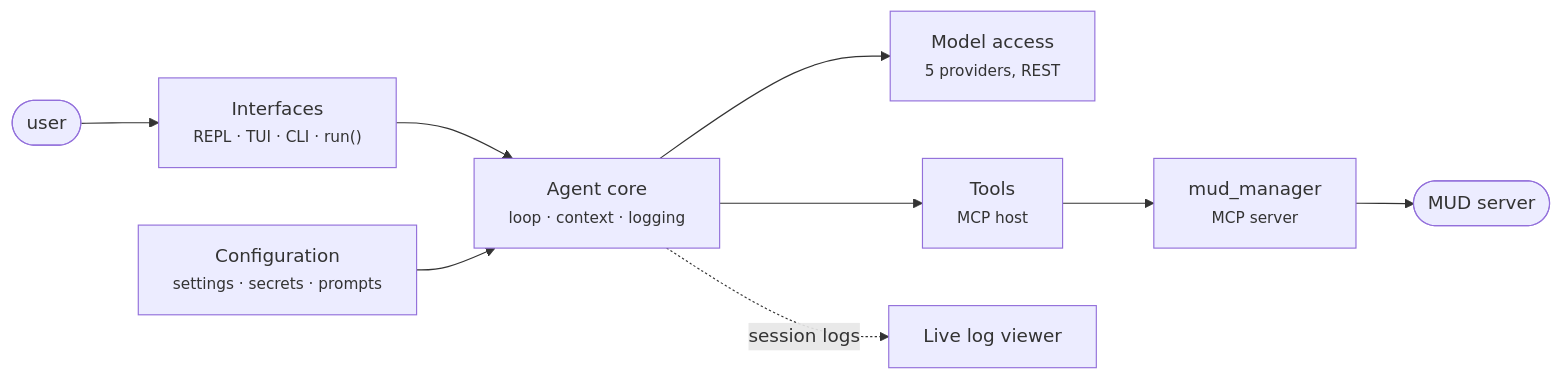
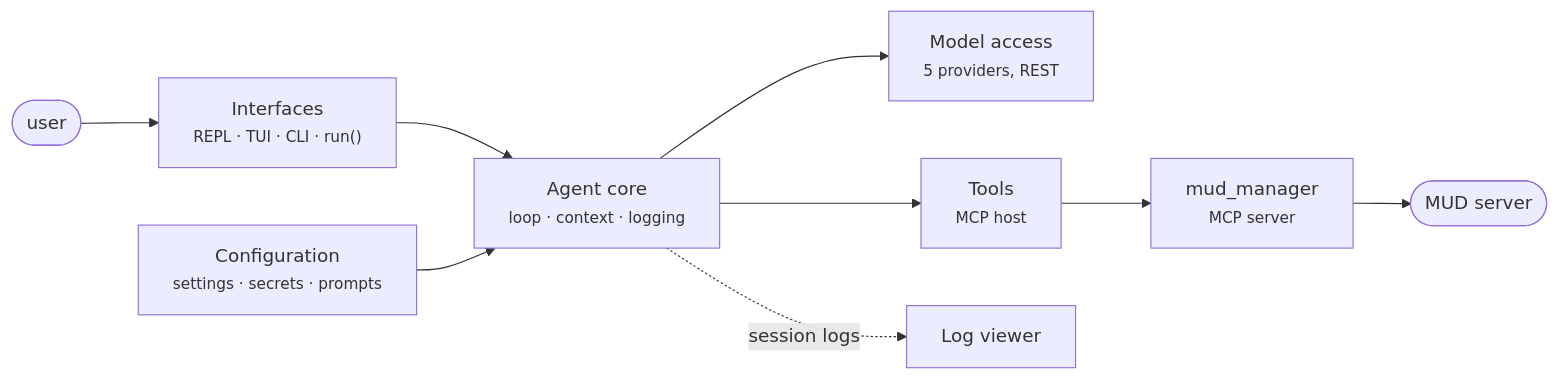
One commit to IbnouT/claude-code-camp-2026-Q2 changed the diagram in week1_baseline/README.md. Above: the diagram before and after it, drawn with Mermaid. The commit also changed other lines of this file and 4 other files, not shown here.

Commit message:
Document week 1 with a full settings reference, an architecture pass and the journal

````diff
--- a/week1_baseline/README.md
+++ b/week1_baseline/README.md
@@ -9,10 +9,10 @@
 ```mermaid
 flowchart LR
     User(["user"]) --> Iface["Interfaces<br/><small>REPL · TUI · CLI · run()</small>"]
     Iface --> Core["Agent core<br/><small>loop · context · logging</small>"]
     Cfg["Configuration<br/><small>settings · secrets · prompts</small>"] --> Core
     Core --> Model["Model access<br/><small>5 providers, REST</small>"]
     Core --> Tools["Tools<br/><small>MCP host</small>"]
     Tools --> MM["mud_manager<br/><small>MCP server</small>"] --> MUD(["MUD server"])
-    Core -.session logs.-> Viewer["Live log viewer"]
+    Core -.session logs.-> Viewer["Log viewer"]
 ```
````
